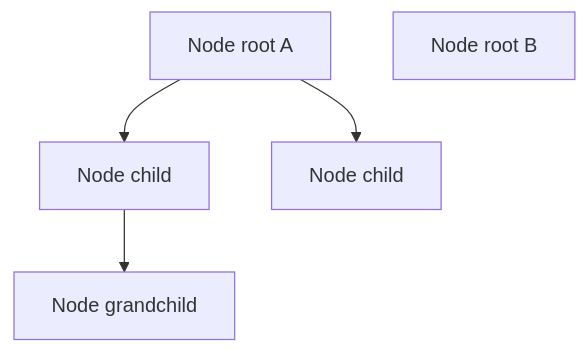
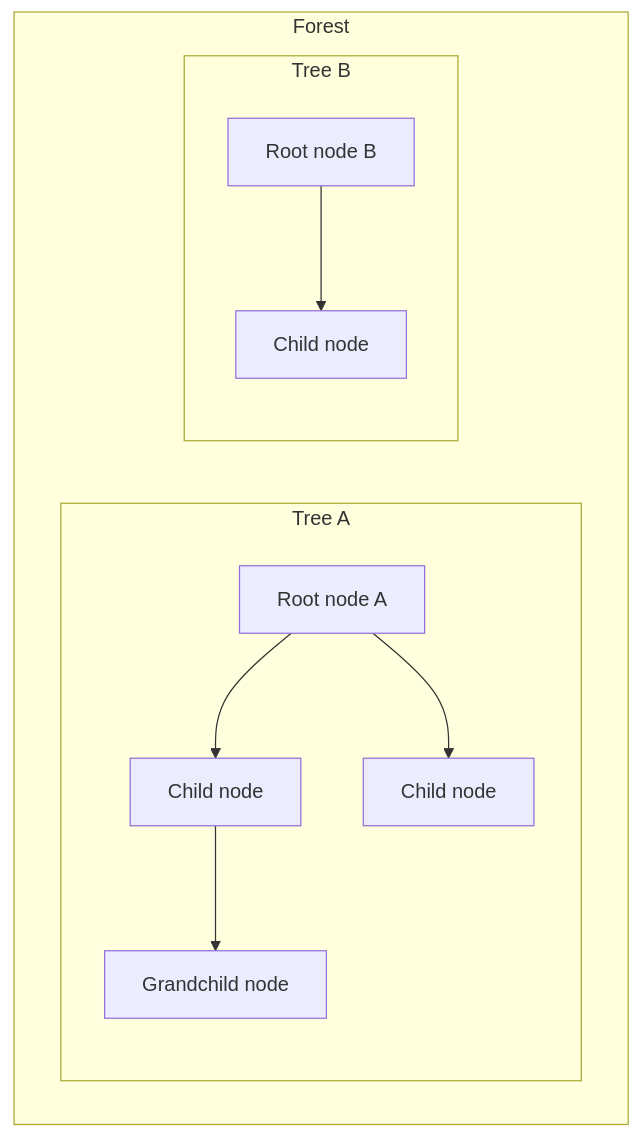
The diagram in docs/plans/data-structure.md (sfambach/wp-taxonomy-modeler), drawn with Mermaid before and after one commit. The commit also changed other lines of this file and 4 other files, not shown here.

````diff
--- a/docs/plans/data-structure.md
+++ b/docs/plans/data-structure.md
@@ -40,7 +41,15 @@
 ```mermaid
 flowchart TB
-  R1[Node root A] --> C1[Node child]
-  R1 --> C2[Node child]
-  C1 --> G1[Node grandchild]
-  R2[Node root B]
+  subgraph Forest
+    subgraph TreeA[Tree A]
+      R1[Root node A]
+      R1 --> C1[Child node]
+      R1 --> C2[Child node]
+      C1 --> G1[Grandchild node]
+    end
+    subgraph TreeB[Tree B]
+      R2[Root node B]
+      R2 --> C3[Child node]
+    end
+  end
 ```
````
